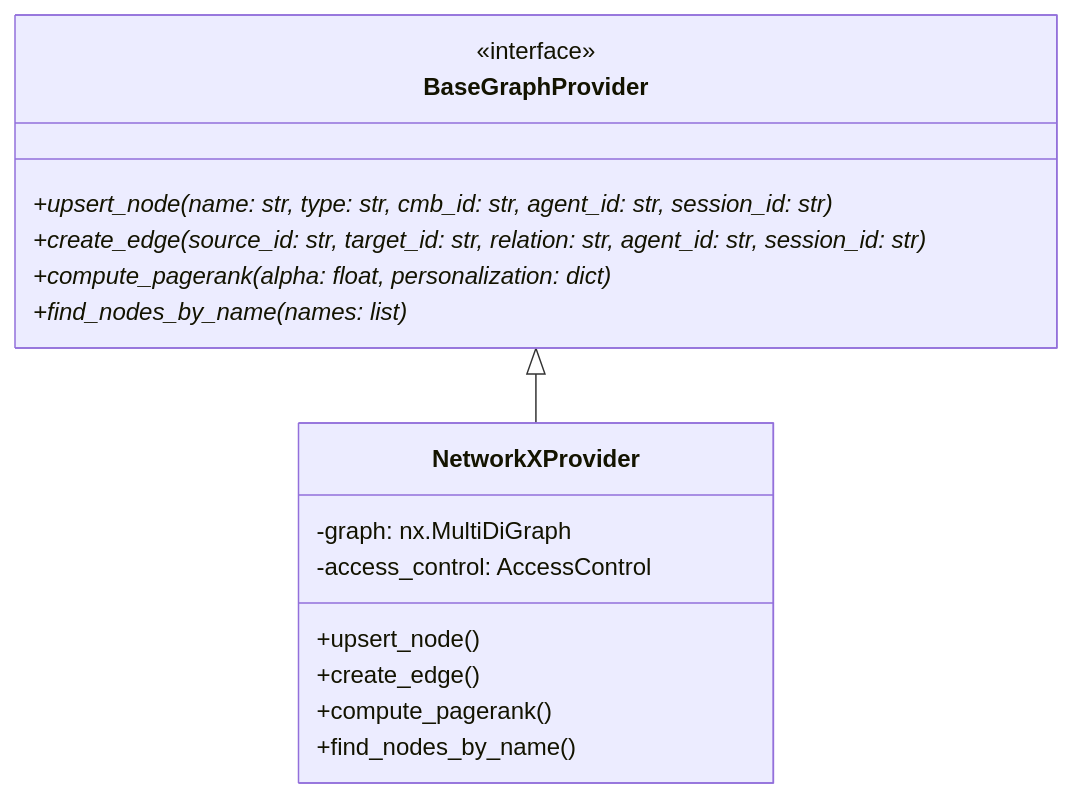
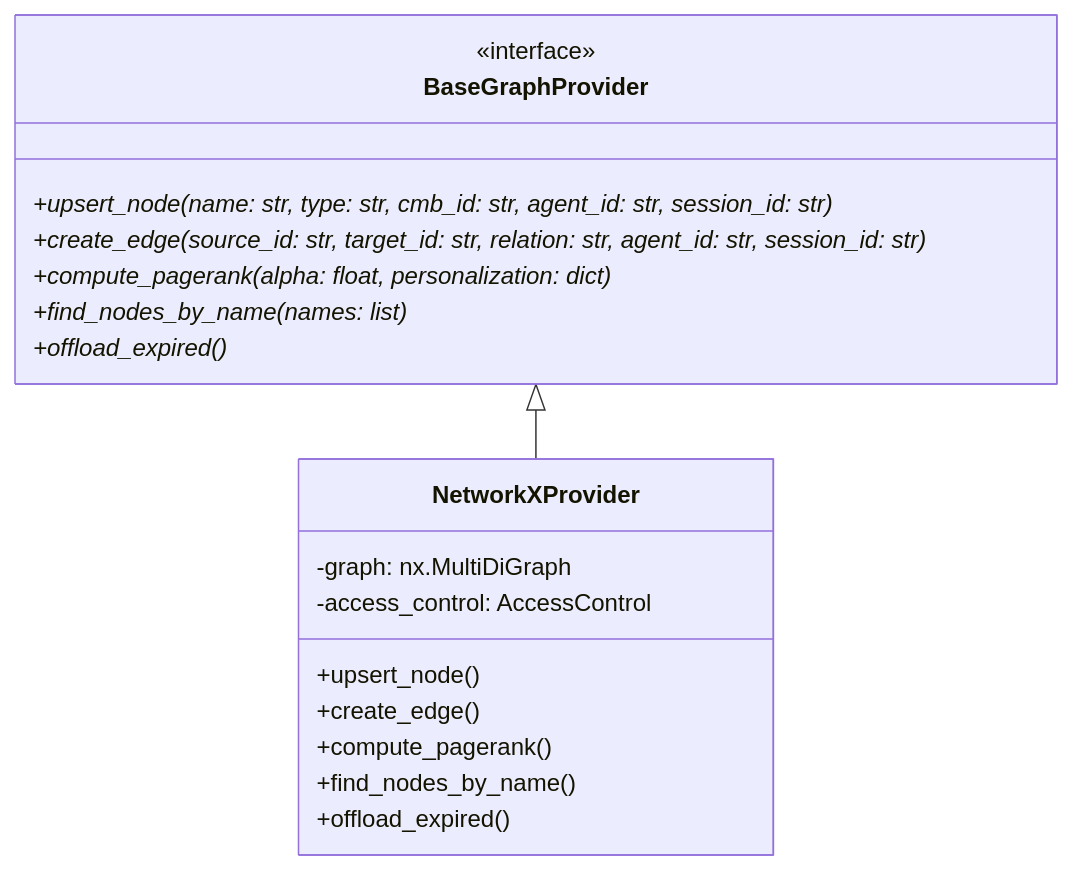
The first of 4 diagrams in ARCHITECTURE.md (Yasou13/MESA), drawn with Mermaid before and after one commit. The commit also changed other lines of this file and 6 other files, not shown here.

Commit message:
chore(build): isolate spacy to docker, enforce 384-dim benchmarks, and sync architecture docs

````diff
--- a/ARCHITECTURE.md
+++ b/ARCHITECTURE.md
@@ -11,21 +18,23 @@
 ```mermaid
 classDiagram
     class BaseGraphProvider {
         <<interface>>
         +upsert_node(name: str, type: str, cmb_id: str, agent_id: str, session_id: str)*
         +create_edge(source_id: str, target_id: str, relation: str, agent_id: str, session_id: str)*
         +compute_pagerank(alpha: float, personalization: dict)*
         +find_nodes_by_name(names: list)*
+        +offload_expired()*
     }
-    
+
     class NetworkXProvider {
         -graph: nx.MultiDiGraph
         -access_control: AccessControl
         +upsert_node()
         +create_edge()
         +compute_pagerank()
         +find_nodes_by_name()
+        +offload_expired()
     }
-    
+
     BaseGraphProvider <|-- NetworkXProvider
 ```
````
